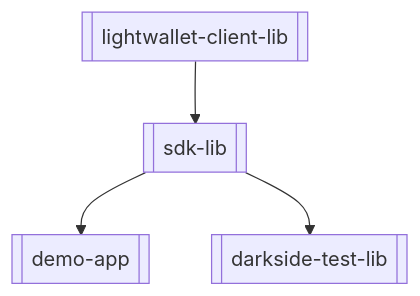
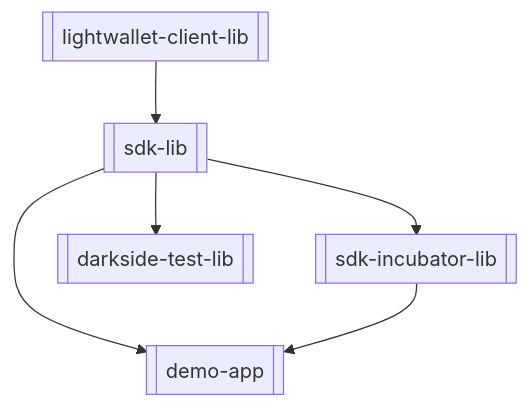
One commit to Electric-Coin-Company/zcash-android-wallet-sdk changed the diagram in docs/Architecture.md. Above: the diagram before and after it, drawn with Mermaid. The commit also changed other lines of this file and 114 other files, not shown here.

First line of the commit message:
[#880] Create sdk-incubator-lib

````diff
--- a/docs/Architecture.md
+++ b/docs/Architecture.md
@@ -18,6 +19,8 @@
 ```mermaid
   flowchart TB;
       lightwalletClientLib[[lightwallet-client-lib]] --> sdkLib[[sdk-lib]];
       sdkLib[[sdk-lib]] --> demoApp[[demo-app]];
+      sdkLib[[sdk-lib]] --> sdkIncubatorLib[[sdk-incubator-lib]];
+      sdkIncubatorLib[[sdk-incubator-lib]] --> demoApp[[demo-app]];
       sdkLib[[sdk-lib]] --> darksideTestLib[[darkside-test-lib]];
 ```
````
